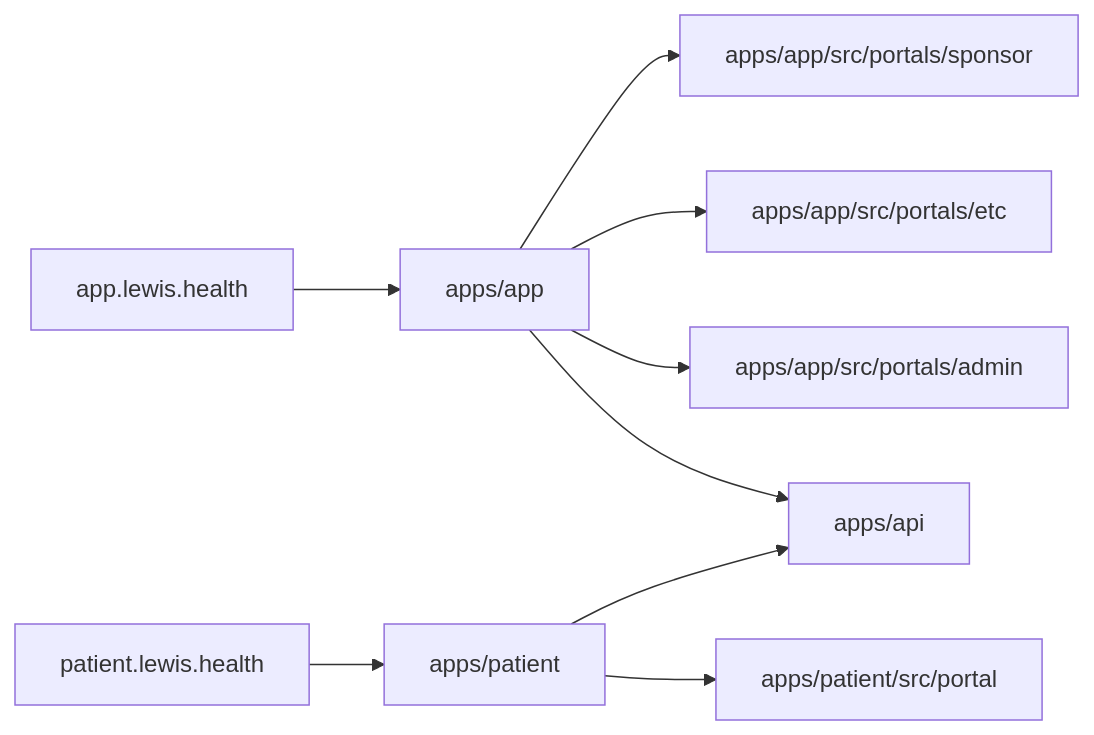
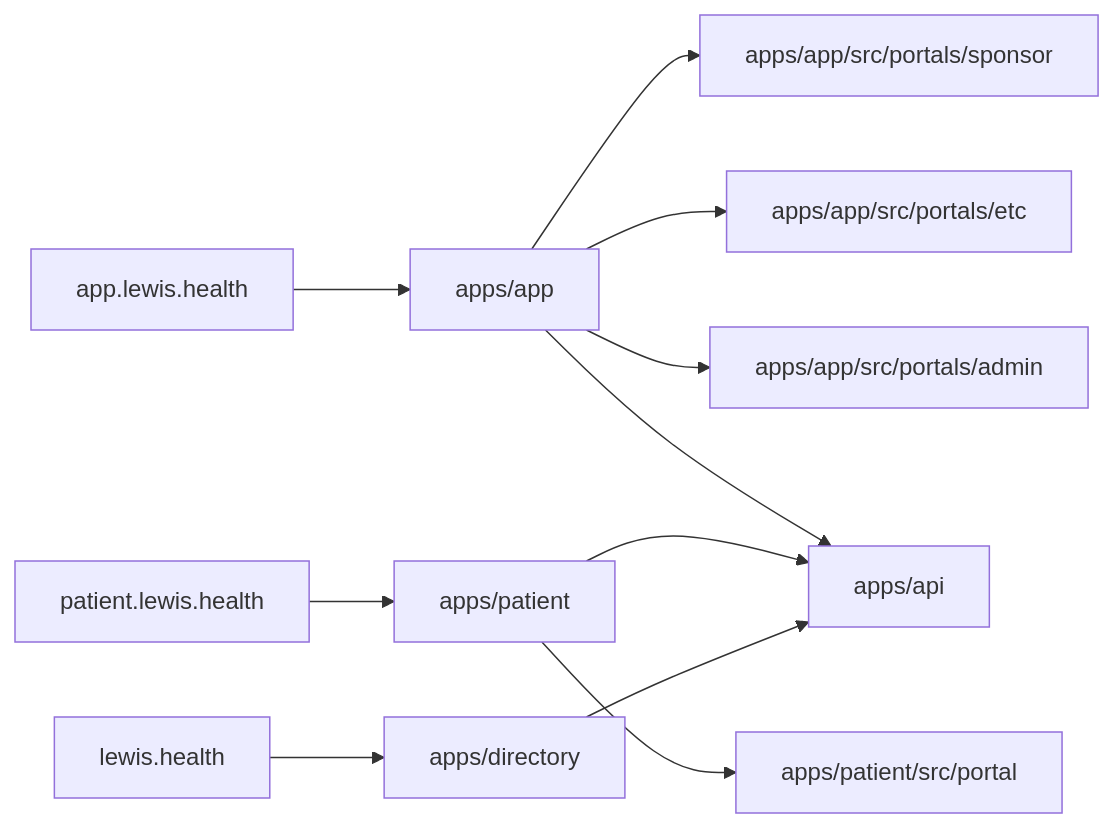
The diagram in CLAUDE.md (chiefnova/lewis), drawn with Mermaid before and after one commit. The commit also changed other lines of this file and 4 other files, not shown here.

````diff
--- a/CLAUDE.md
+++ b/CLAUDE.md
@@ -16,11 +17,13 @@
 ```mermaid
 flowchart LR
   AppHost[app.lewis.health] --> App[apps/app]
   App --> Sponsor[apps/app/src/portals/sponsor]
   App --> ETC[apps/app/src/portals/etc]
   App --> Admin[apps/app/src/portals/admin]
   PatientHost[patient.lewis.health] --> Patient[apps/patient]
   Patient --> PatientPortal[apps/patient/src/portal]
+  DirectoryHost[lewis.health] --> Directory[apps/directory]
   App --> API[apps/api]
   Patient --> API
+  Directory --> API
 ```
````
